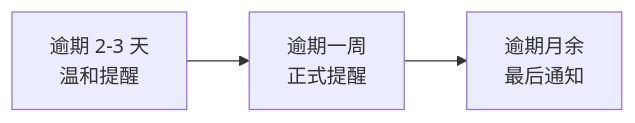
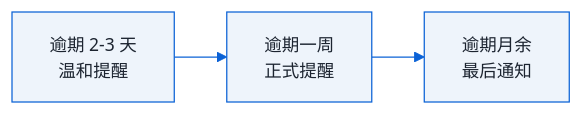
One commit to kelegele/cnc-guide changed the diagram in docs/lessons/en05.md. Above: the diagram before and after it, drawn with Mermaid. The commit also changed 8 other files, not shown here.

Commit message:
style: redo all diagrams — landscape LR layout + unified editorial palette (16:9~1:1), per user feedback

````diff
--- a/docs/lessons/en05.md
+++ b/docs/lessons/en05.md
@@ -76,4 +76,6 @@
 ```mermaid
+%%{init: {"theme":"base","themeVariables":{"primaryColor":"#eef4fb","primaryTextColor":"#1c2430","primaryBorderColor":"#0b62d6","lineColor":"#0b62d6","fontSize":"14px"},"flowchart":{"curve":"basis","nodeSpacing":28,"rankSpacing":42}}}%%
 flowchart LR
     A["逾期 2-3 天<br/>温和提醒"] --> B["逾期一周<br/>正式提醒"] --> C["逾期月余<br/>最后通知"]
+
 ```
````
